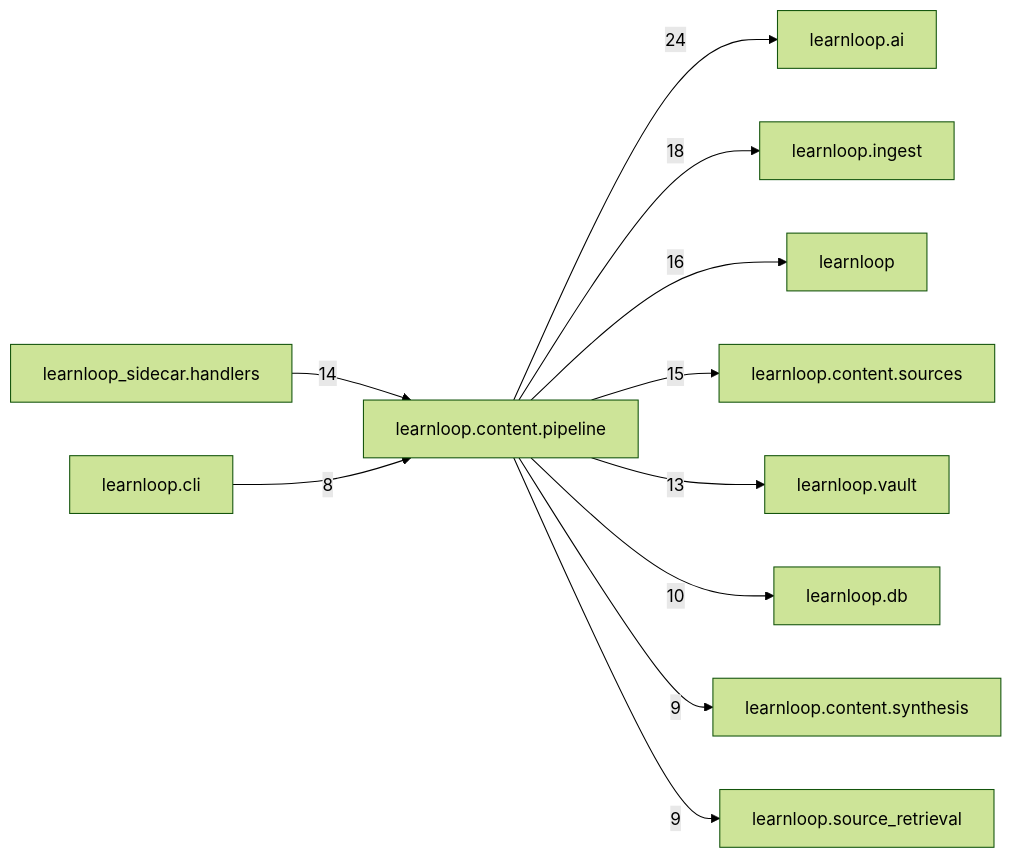
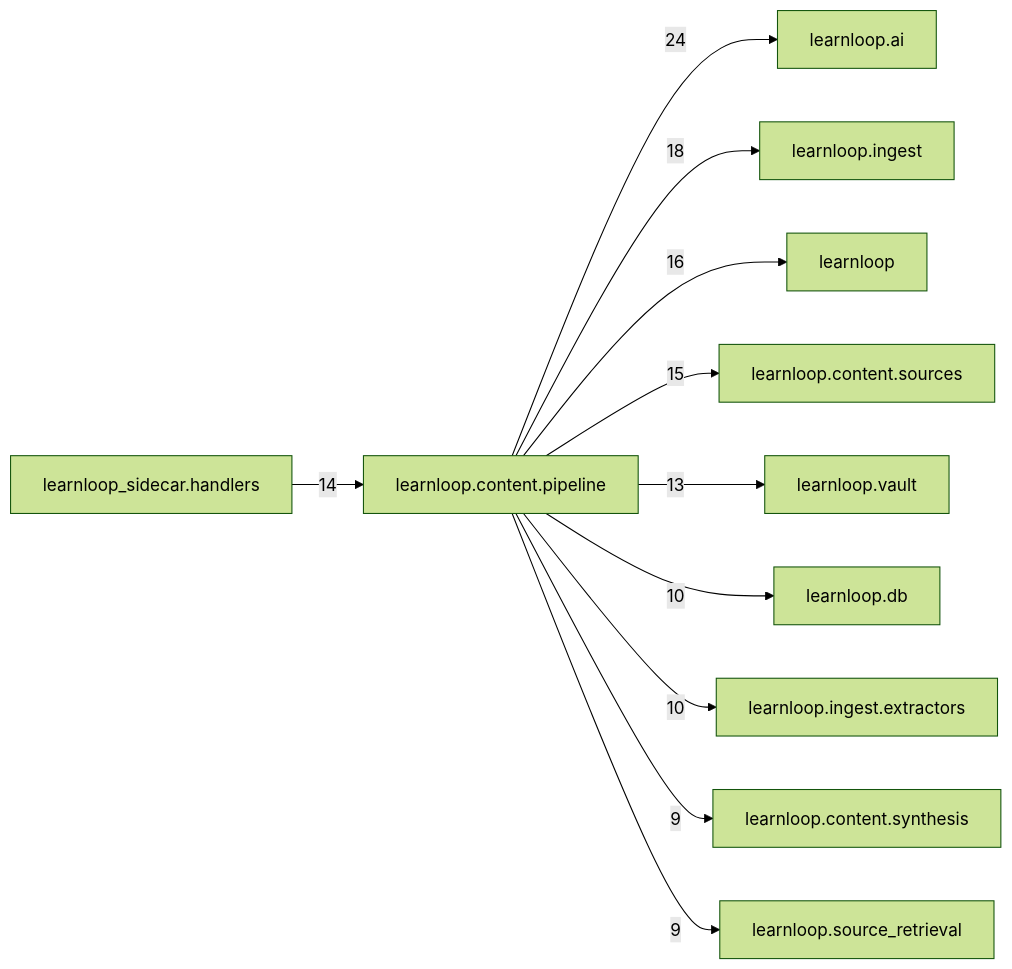
The diagram in docs/learnloop-architecture-vault/Reference/Modules/learnloop/content/pipeline/_package.md (6up-b/learnanything), drawn with Mermaid (forest theme) before and after one commit. The commit also changed other lines of this file and 34 other files, not shown here.

````diff
--- a/docs/learnloop-architecture-vault/Reference/Modules/learnloop/content/pipeline/_package.md
+++ b/docs/learnloop-architecture-vault/Reference/Modules/learnloop/content/pipeline/_package.md
@@ -110,24 +110,24 @@
 ```mermaid
 flowchart LR
     center["learnloop.content.pipeline"]
     n_learnloop_ai["learnloop.ai"]
     n_learnloop_ingest["learnloop.ingest"]
     n_learnloop["learnloop"]
     n_learnloop_content_sources["learnloop.content.sources"]
     n_learnloop_sidecar_handlers["learnloop_sidecar.handlers"]
     n_learnloop_vault["learnloop.vault"]
     n_learnloop_db["learnloop.db"]
+    n_learnloop_ingest_extractors["learnloop.ingest.extractors"]
     n_learnloop_content_synthesis["learnloop.content.synthesis"]
     n_learnloop_source_retrieval["learnloop.source_retrieval"]
-    n_learnloop_cli["learnloop.cli"]
     center -->|24| n_learnloop_ai
     center -->|18| n_learnloop_ingest
     center -->|16| n_learnloop
     center -->|15| n_learnloop_content_sources
     n_learnloop_sidecar_handlers -->|14| center
     center -->|13| n_learnloop_vault
     center -->|10| n_learnloop_db
+    center -->|10| n_learnloop_ingest_extractors
     center -->|9| n_learnloop_content_synthesis
     center -->|9| n_learnloop_source_retrieval
-    n_learnloop_cli -->|8| center
 ```
````
